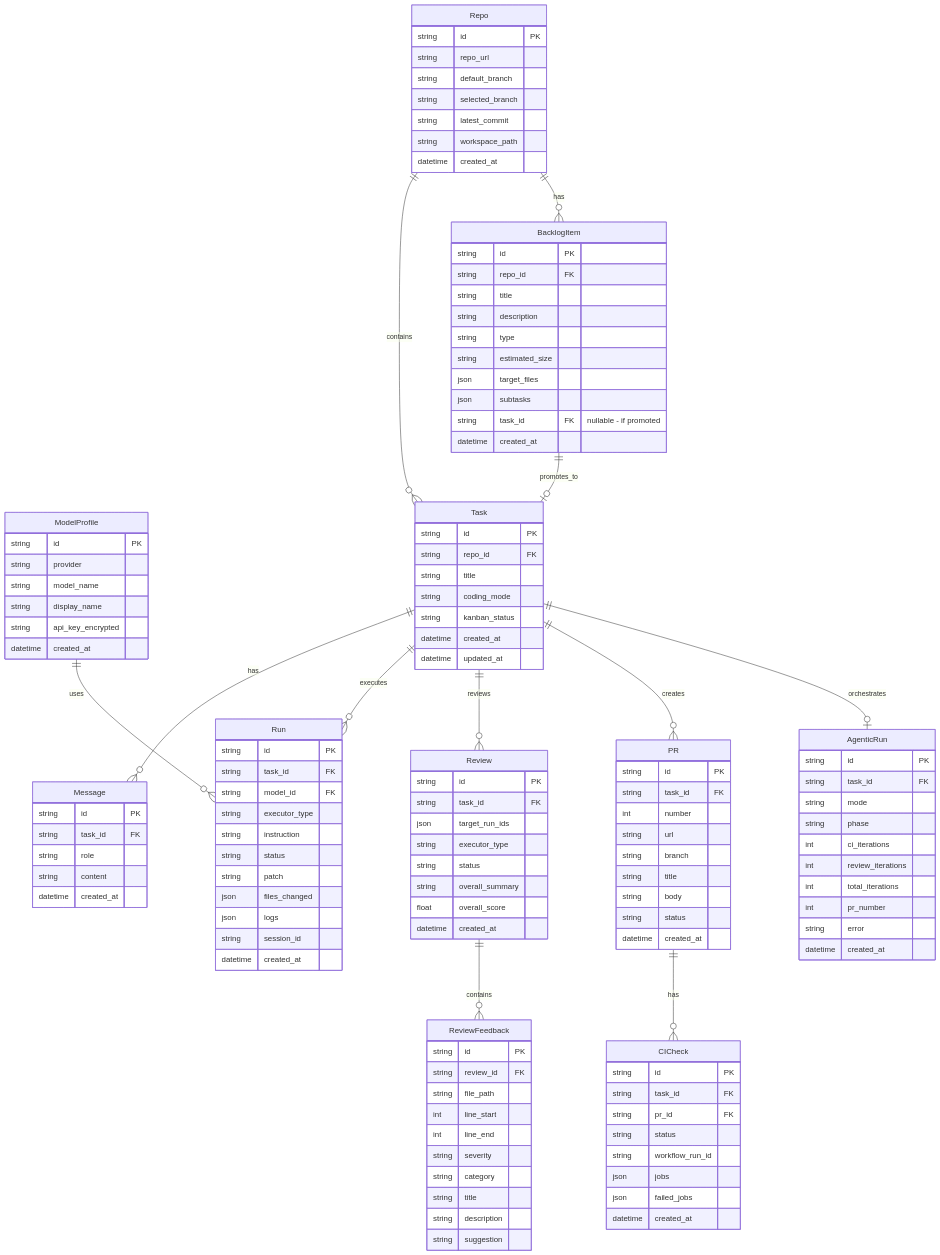
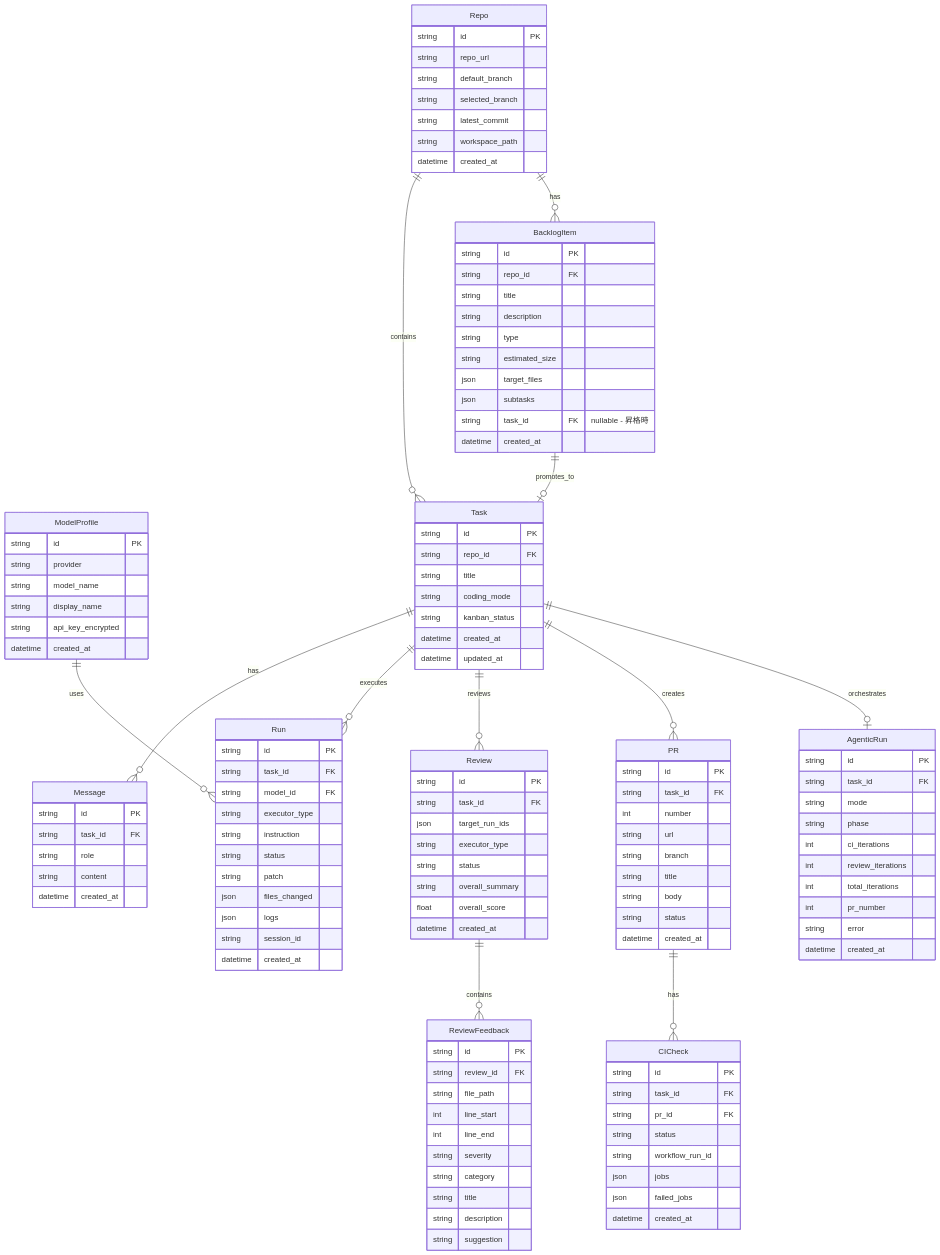
Diagram 15 of 15 in docs/architecture.md (hampen2929/zloth), drawn with Mermaid before and after one commit. The commit also changed other lines of this file, not shown here.

First line of the commit message:
Translate architecture documentation to Japanese

```diff
--- a/docs/architecture.md
+++ b/docs/architecture.md
@@ -716,7 +716,7 @@
         string estimated_size
         json target_files
         json subtasks
-        string task_id FK "nullable - if promoted"
+        string task_id FK "nullable - 昇格時"
         datetime created_at
     }
 
```
